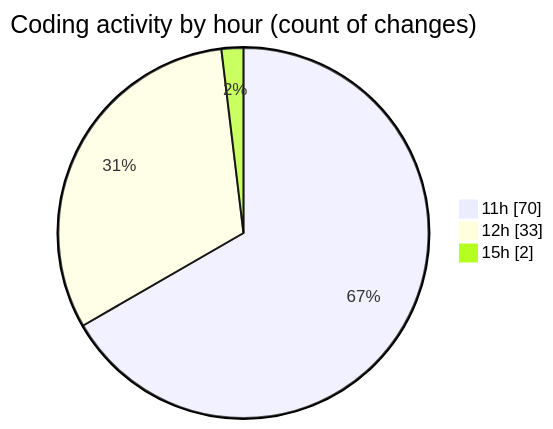
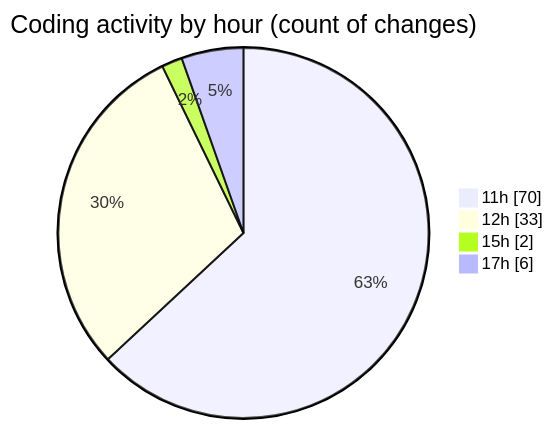
One commit to nxtqubesakshisongat/code-tracking changed the second of 2 diagrams in 2025-12-24/nxtqube_webapp/README.md. Above: the diagram before and after it, drawn with Mermaid. The commit also changed other lines of this file and 1 other file, not shown here.

````diff
--- a/2025-12-24/nxtqube_webapp/README.md
+++ b/2025-12-24/nxtqube_webapp/README.md
@@ -32,7 +33,8 @@
 ```mermaid
 pie showData
 title Coding activity by hour (count of changes)
 "11h" : 70
 "12h" : 33
 "15h" : 2
+"17h" : 6
 ```
````
